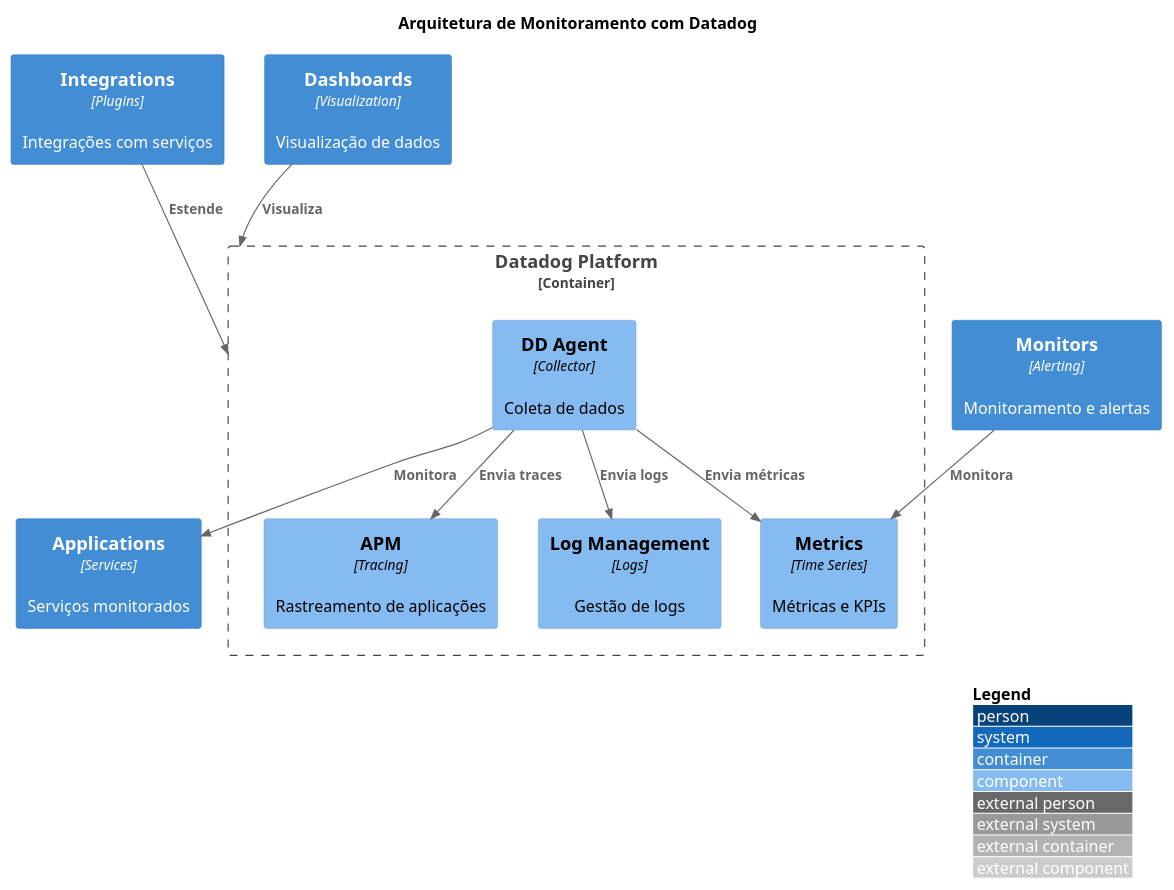
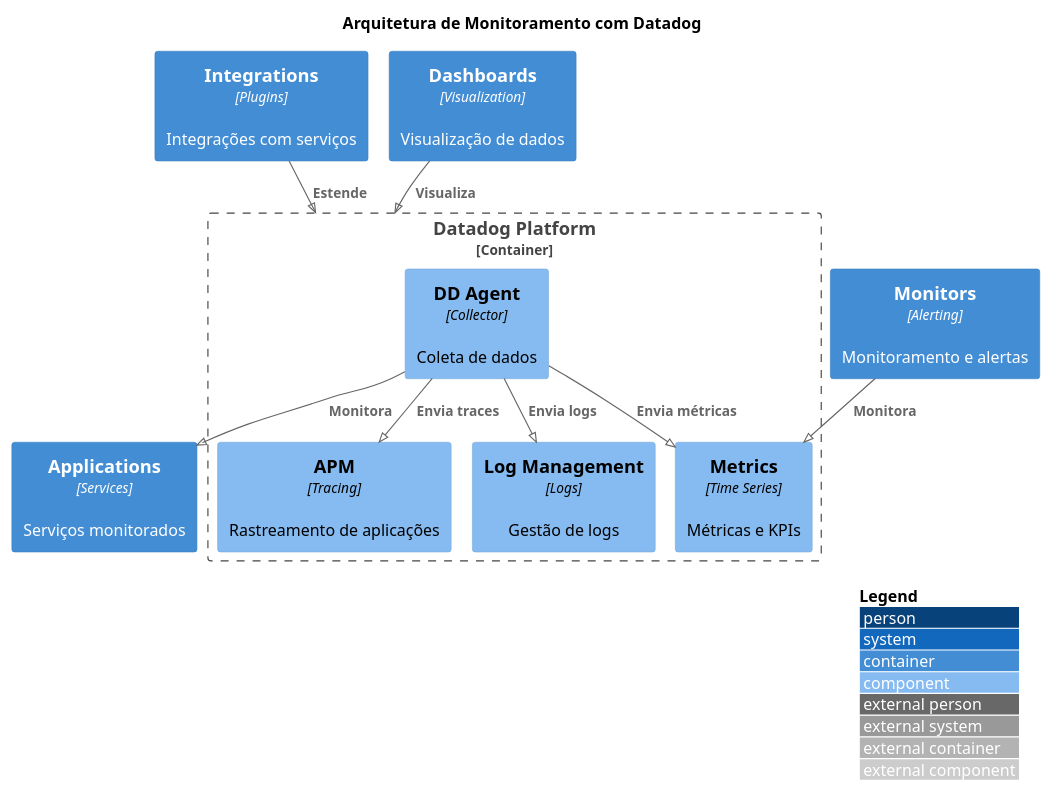
The diagram in diagrams/adr-053-datadog-monitoring.puml (tiagonpsilva/architecture-decision-records), drawn with PlantUML before and after one commit. The commit also changed 6 other files, not shown here.

Commit message:
fix: corrige versão do PlantUML para 1.2023.7 nos diagramas ADR-049 a ADR-055

```diff
--- a/diagrams/adr-053-datadog-monitoring.puml
+++ b/diagrams/adr-053-datadog-monitoring.puml
@@ -1,29 +1,32 @@
-@startuml Datadog Monitoring
+@startuml
+!pragma layout smetana
+' version 1.2023.7
+!include C4_Container.puml
 
 !include https://raw.githubusercontent.com/plantuml-stdlib/C4-PlantUML/master/C4_Component.puml
 
 LAYOUT_WITH_LEGEND()
 
 title Arquitetura de Monitoramento com Datadog
 
 Container_Boundary(datadog, "Datadog Platform") {
     Component(agent, "DD Agent", "Collector", "Coleta de dados")
     Component(apm, "APM", "Tracing", "Rastreamento de aplicações")
     Component(logs, "Log Management", "Logs", "Gestão de logs")
     Component(metrics, "Metrics", "Time Series", "Métricas e KPIs")
 }
 
 Container(integrations, "Integrations", "Plugins", "Integrações com serviços")
 Container(alerts, "Monitors", "Alerting", "Monitoramento e alertas")
 Container(dashboard, "Dashboards", "Visualization", "Visualização de dados")
 Container(apps, "Applications", "Services", "Serviços monitorados")
 
 Rel(agent, apps, "Monitora")
 Rel(agent, apm, "Envia traces")
 Rel(agent, logs, "Envia logs")
 Rel(agent, metrics, "Envia métricas")
 Rel(integrations, datadog, "Estende")
 Rel(alerts, metrics, "Monitora")
 Rel(dashboard, datadog, "Visualiza")
 
 @enduml 
```
